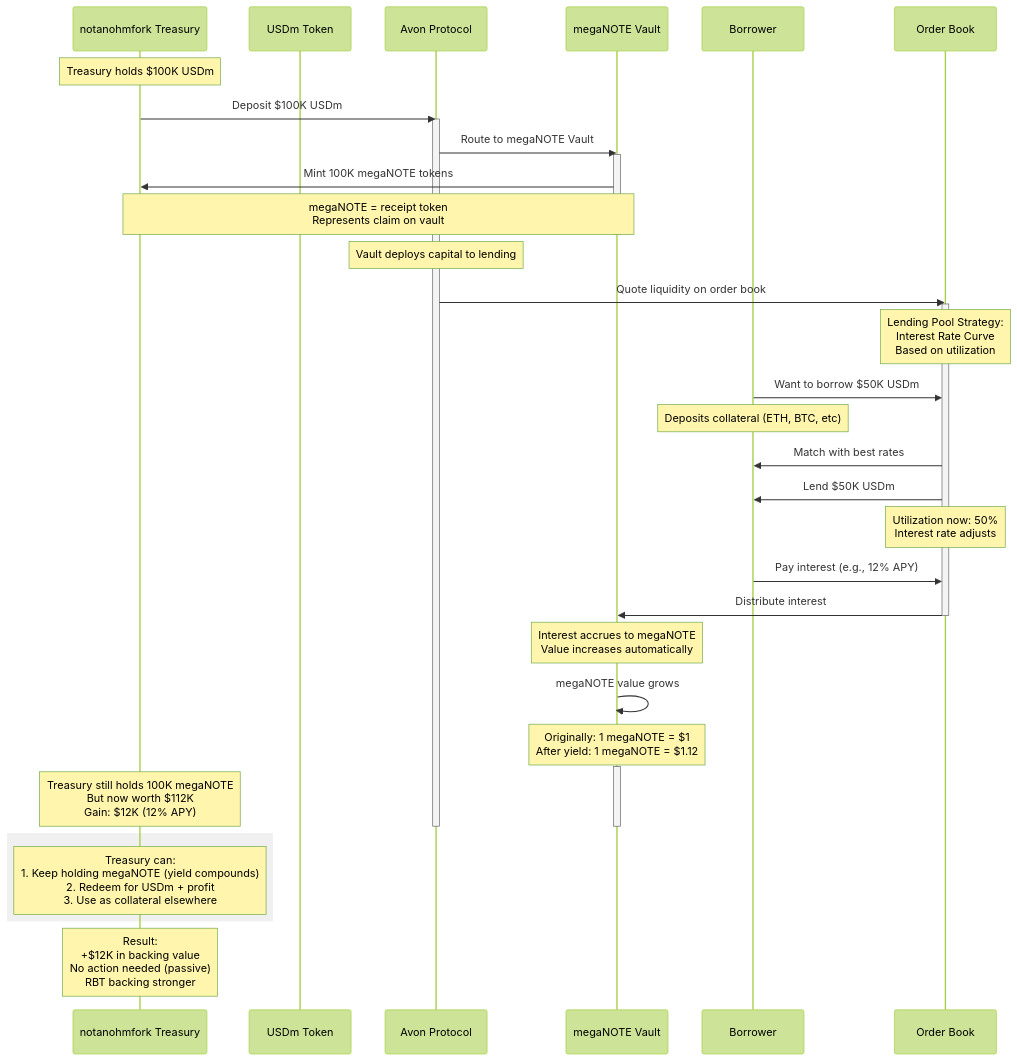
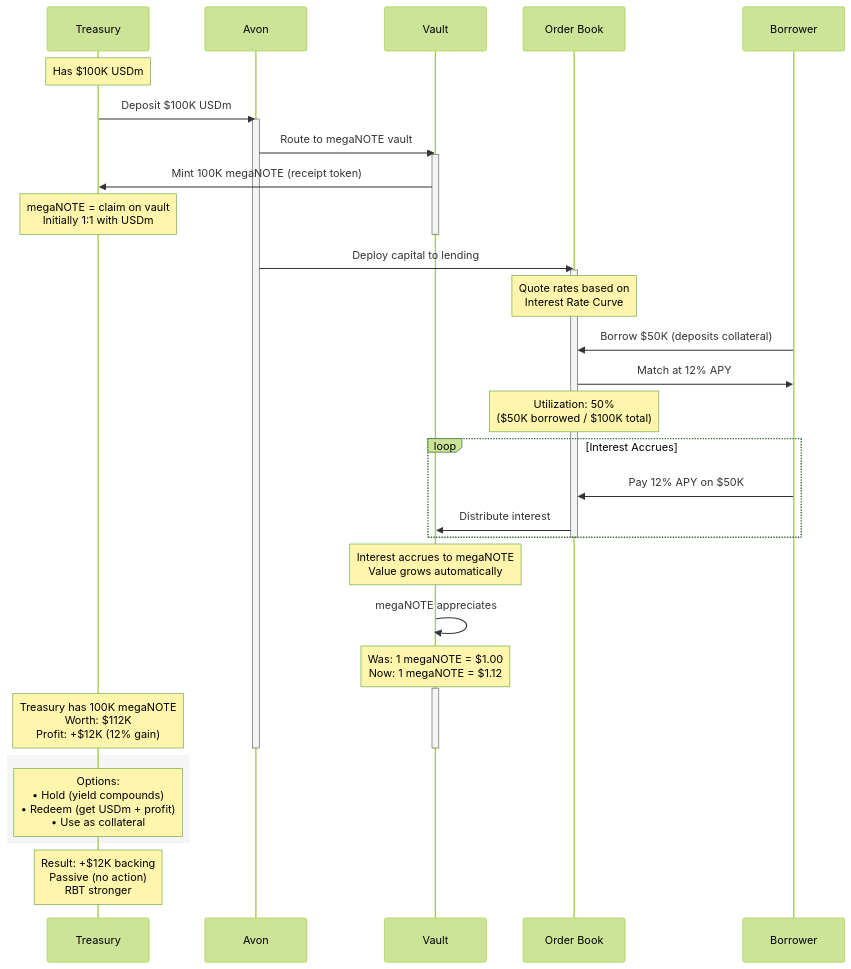
The fourth of 4 diagrams in docs/CORE_DIAGRAMS.md (0xJaehaerys/ohmega), drawn with Mermaid (forest theme) before and after one commit. The commit also changed other lines of this file, not shown here.

Commit message:
Improve diagrams: move details to edges, simplify nodes

````diff
--- a/docs/CORE_DIAGRAMS.md
+++ b/docs/CORE_DIAGRAMS.md
@@ -356,59 +300,56 @@
 ```mermaid
 sequenceDiagram
-    participant Treasury as notanohmfork Treasury
-    participant USDm as USDm Token
-    participant Avon as Avon Protocol
-    participant Vault as megaNOTE Vault
+    participant Treasury as Treasury
+    participant Avon as Avon
+    participant Vault as Vault
+    participant OrderBook as Order Book
     participant Borrower as Borrower
-    participant OrderBook as Order Book
     
-    Note over Treasury: Treasury holds $100K USDm
+    Note over Treasury: Has $100K USDm
     
     Treasury->>Avon: Deposit $100K USDm
     activate Avon
     
-    Avon->>Vault: Route to megaNOTE Vault
+    Avon->>Vault: Route to megaNOTE vault
     activate Vault
     
-    Vault->>Treasury: Mint 100K megaNOTE tokens
-    Note over Treasury,Vault: megaNOTE = receipt token<br/>Represents claim on vault
+    Vault->>Treasury: Mint 100K megaNOTE (receipt token)
+    Note over Treasury: megaNOTE = claim on vault<br/>Initially 1:1 with USDm
     
     deactivate Vault
     
-    Note over Avon: Vault deploys capital to lending
-    
-    Avon->>OrderBook: Quote liquidity on order book
+    Avon->>OrderBook: Deploy capital to lending
     activate OrderBook
     
-    Note over OrderBook: Lending Pool Strategy:<br/>Interest Rate Curve<br/>Based on utilization
+    Note over OrderBook: Quote rates based on<br/>Interest Rate Curve
     
-    Borrower->>OrderBook: Want to borrow $50K USDm
-    Note over Borrower: Deposits collateral (ETH, BTC, etc)
+    Borrower->>OrderBook: Borrow $50K (deposits collateral)
     
-    OrderBook->>Borrower: Match with best rates
-    OrderBook->>Borrower: Lend $50K USDm
+    OrderBook->>Borrower: Match at 12% APY
     
-    Note over OrderBook: Utilization now: 50%<br/>Interest rate adjusts
+    Note over OrderBook: Utilization: 50%<br/>($50K borrowed / $100K total)
     
-    Borrower->>OrderBook: Pay interest (e.g., 12% APY)
+    loop Interest Accrues
+        Borrower->>OrderBook: Pay 12% APY on $50K
+        OrderBook->>Vault: Distribute interest
+    end
     
-    OrderBook->>Vault: Distribute interest
     deactivate OrderBook
     
-    Note over Vault: Interest accrues to megaNOTE<br/>Value increases automatically
+    Note over Vault: Interest accrues to megaNOTE<br/>Value grows automatically
     
-    Vault->>Vault: megaNOTE value grows
-    Note over Vault: Originally: 1 megaNOTE = $1<br/>After yield: 1 megaNOTE = $1.12
+    Vault->>Vault: megaNOTE appreciates
+    Note over Vault: Was: 1 megaNOTE = $1.00<br/>Now: 1 megaNOTE = $1.12
     
     activate Vault
-    Note over Treasury: Treasury still holds 100K megaNOTE<br/>But now worth $112K<br/>Gain: $12K (12% APY)
+    Note over Treasury: Treasury has 100K megaNOTE<br/>Worth: $112K<br/>Profit: +$12K (12% gain)
     deactivate Vault
     
     deactivate Avon
     
-    rect rgb(240, 240, 240)
-        Note over Treasury: Treasury can:<br/>1. Keep holding megaNOTE (yield compounds)<br/>2. Redeem for USDm + profit<br/>3. Use as collateral elsewhere
+    rect rgb(245, 245, 245)
+        Note over Treasury: Options:<br/>• Hold (yield compounds)<br/>• Redeem (get USDm + profit)<br/>• Use as collateral
     end
     
-    Note over Treasury: Result:<br/>+$12K in backing value<br/>No action needed (passive)<br/>RBT backing stronger
+    Note over Treasury: Result: +$12K backing<br/>Passive (no action)<br/>RBT stronger
 ```
````
